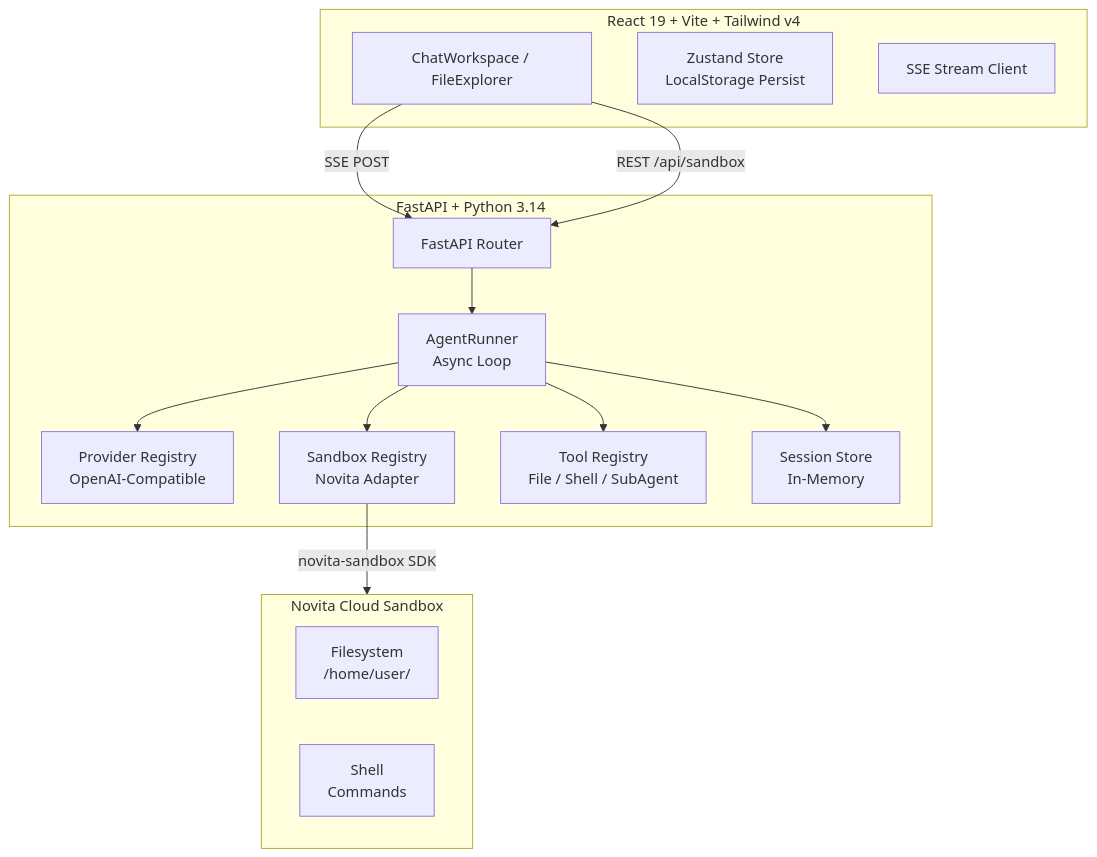
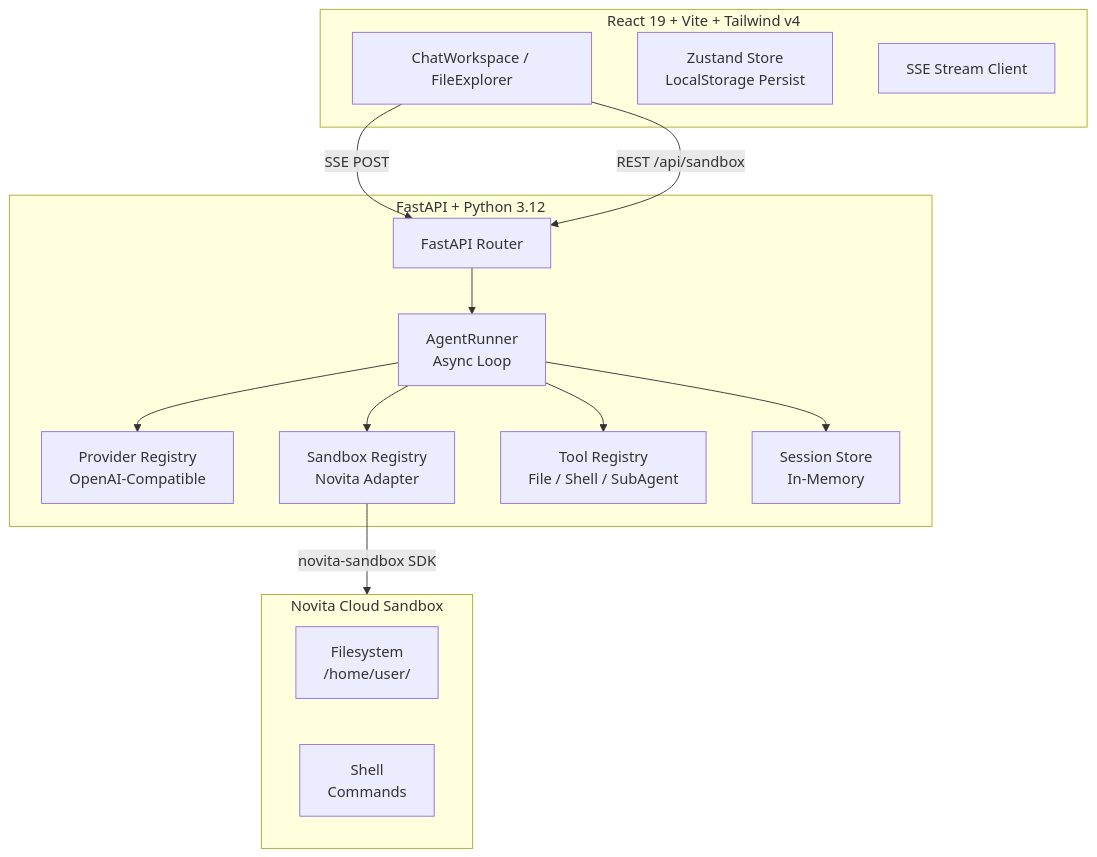
The diagram in README.md (opencurro-ai/OpenCurro), drawn with Mermaid before and after one commit. The commit also changed other lines of this file and 2 other files, not shown here.

````diff
--- a/README.md
+++ b/README.md
@@ -54,31 +54,31 @@
 ```mermaid
 graph TB
     subgraph Frontend["React 19 + Vite + Tailwind v4"]
         UI[ChatWorkspace / FileExplorer]
         STORE[Zustand Store<br/>LocalStorage Persist]
         SSE[SSE Stream Client]
     end
 
-    subgraph Backend["FastAPI + Python 3.14"]
+    subgraph Backend["FastAPI + Python 3.12"]
         API[FastAPI Router]
         AR[AgentRunner<br/>Async Loop]
         PR[Provider Registry<br/>OpenAI-Compatible]
         SR[Sandbox Registry<br/>Novita Adapter]
         TR[Tool Registry<br/>File / Shell / SubAgent]
         SS[Session Store<br/>In-Memory]
     end
 
     subgraph Sandbox["Novita Cloud Sandbox"]
         FS[Filesystem<br/>/home/user/]
         SH[Shell<br/>Commands]
     end
 
     UI -->|SSE POST| API
     API --> AR
     AR --> PR
     AR --> SR
     AR --> TR
     AR --> SS
     SR -->|novita-sandbox SDK| Sandbox
     UI -->|REST /api/sandbox| API
 ```
````
